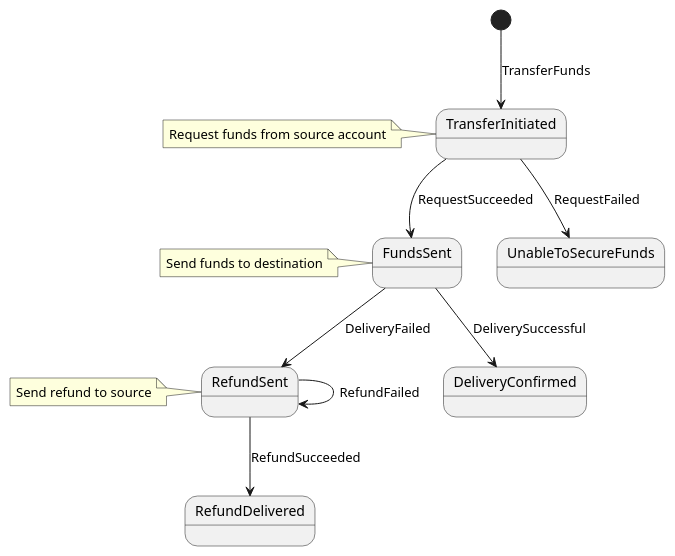
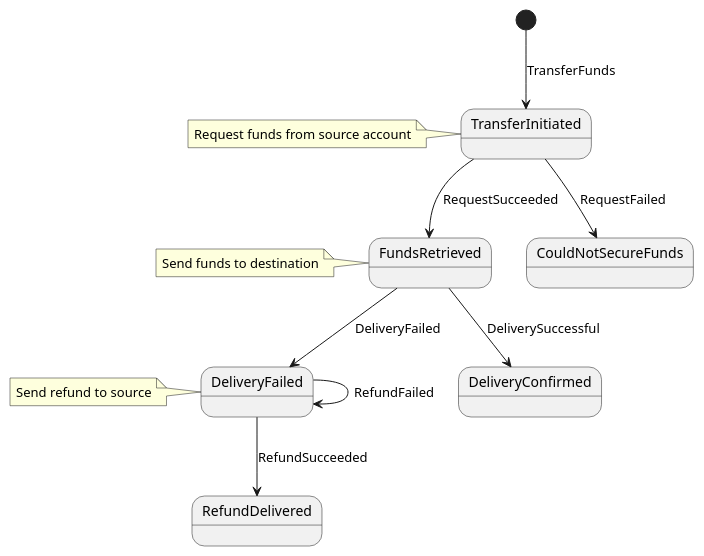
One commit to RedElastic/reactive-stock-trader changed the diagram in docs/WireTransferState.puml. Above: the diagram before and after it, drawn with PlantUML. The commit also changed 3 other files, not shown here.

```diff
--- a/docs/WireTransferState.puml
+++ b/docs/WireTransferState.puml
@@ -1,21 +1,21 @@
 @startuml
 !pragma teoz true
 
 [*] --> TransferInitiated : TransferFunds
 note left of TransferInitiated
   Request funds from source account
 end note
-TransferInitiated --> UnableToSecureFunds : RequestFailed
-TransferInitiated --> FundsSent : RequestSucceeded
-note left of FundsSent
+TransferInitiated --> CouldNotSecureFunds : RequestFailed
+TransferInitiated --> FundsRetrieved : RequestSucceeded
+note left of FundsRetrieved
   Send funds to destination
 end note
-FundsSent --> DeliveryConfirmed : DeliverySuccessful
-FundsSent --> RefundSent : DeliveryFailed
-note left of RefundSent
+FundsRetrieved --> DeliveryConfirmed : DeliverySuccessful
+FundsRetrieved --> DeliveryFailed : DeliveryFailed
+note left of DeliveryFailed
   Send refund to source
 end note
-RefundSent --> RefundSent : RefundFailed
-RefundSent --> RefundDelivered : RefundSucceeded
+DeliveryFailed --> DeliveryFailed : RefundFailed
+DeliveryFailed --> RefundDelivered : RefundSucceeded
 
 @enduml
```
